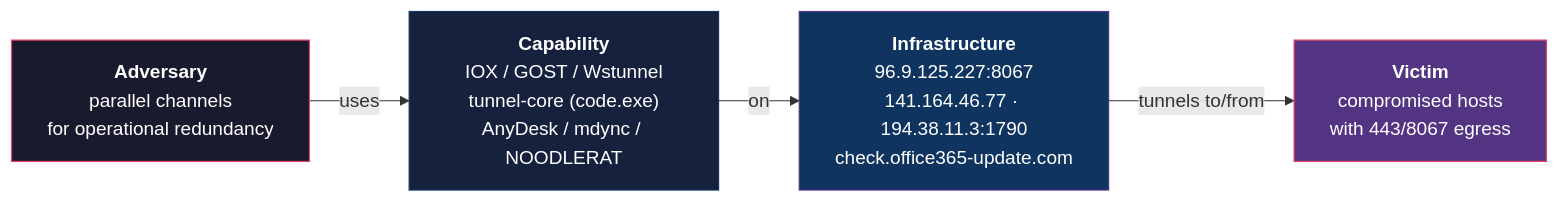
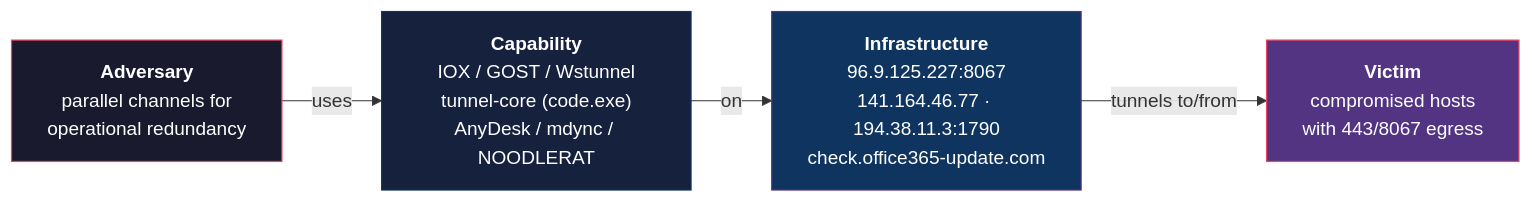
The seventh of 9 diagrams in content/posts/shadow-earth-053-fleet-detections/index.md (karmine05/dirtyfrag-blog), drawn with Mermaid before and after one commit. The commit also changed other lines of this file and 2 other files, not shown here.

First line of the commit message:
content(threat-intel): SE053 post v3 — threat-brief tone + SVG overflow + Mermaid fixes

```diff
--- a/content/posts/shadow-earth-053-fleet-detections/index.md
+++ b/content/posts/shadow-earth-053-fleet-detections/index.md
@@ -240,14 +227,14 @@
 {{< mermaid >}}
 graph LR
   classDef adv fill:#1a1a2e,stroke:#e94560,color:#fff
   classDef cap fill:#16213e,stroke:#0f3460,color:#fff
   classDef inf fill:#0f3460,stroke:#533483,color:#fff
   classDef vic fill:#533483,stroke:#e94560,color:#fff
-  A["<b>Adversary</b><br/>parallel channels<br/>for operational redundancy"]:::adv
-  C["<b>Capability</b><br/>IOX / GOST / Wstunnel<br/>tunnel-core (code.exe)<br/>AnyDesk / mdync / NOODLERAT"]:::cap
-  I["<b>Infrastructure</b><br/>96.9.125.227:8067<br/>141.164.46.77 · 194.38.11.3:1790<br/>check.office365-update.com"]:::inf
-  V["<b>Victim</b><br/>compromised hosts<br/>with 443/8067 egress"]:::vic
+  A["<b>Adversary</b><br>parallel channels for<br>operational redundancy"]:::adv
+  C["<b>Capability</b><br>IOX / GOST / Wstunnel<br>tunnel-core (code.exe)<br>AnyDesk / mdync / NOODLERAT"]:::cap
+  I["<b>Infrastructure</b><br>96.9.125.227:8067<br>141.164.46.77 · 194.38.11.3:1790<br>check.office365-update.com"]:::inf
+  V["<b>Victim</b><br>compromised hosts<br>with 443/8067 egress"]:::vic
   A -->|uses| C
   C -->|on| I
   I -->|tunnels to/from| V
 {{< /mermaid >}}
```
